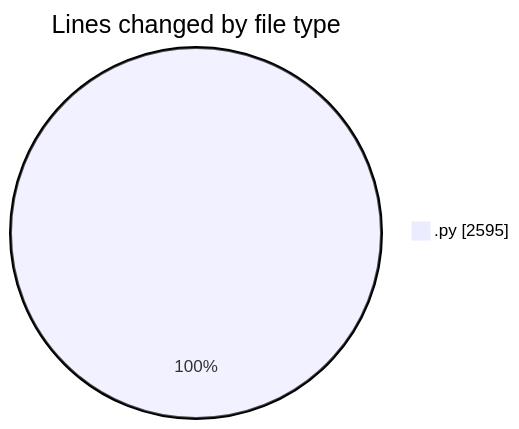
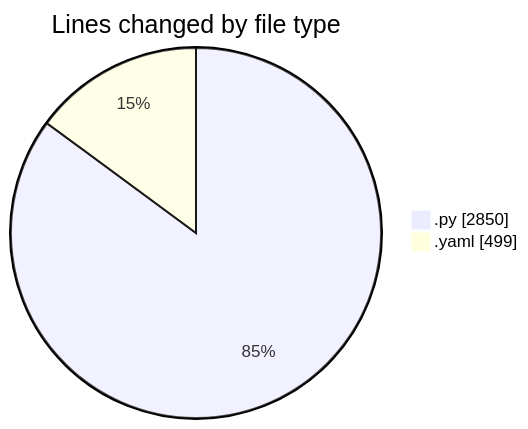
One commit to MatusMokan/code-tracking changed the first of 2 diagrams in 2025-03-01/myws__workspace_/README.md. Above: the diagram before and after it, drawn with Mermaid. The commit also changed other lines of this file and 1 other file, not shown here.

````diff
--- a/2025-03-01/myws__workspace_/README.md
+++ b/2025-03-01/myws__workspace_/README.md
@@ -25,5 +27,6 @@
 ```mermaid
 pie showData
 title Lines changed by file type
-".py" : 2595
+".py" : 2850
+".yaml" : 499
 ```
````
